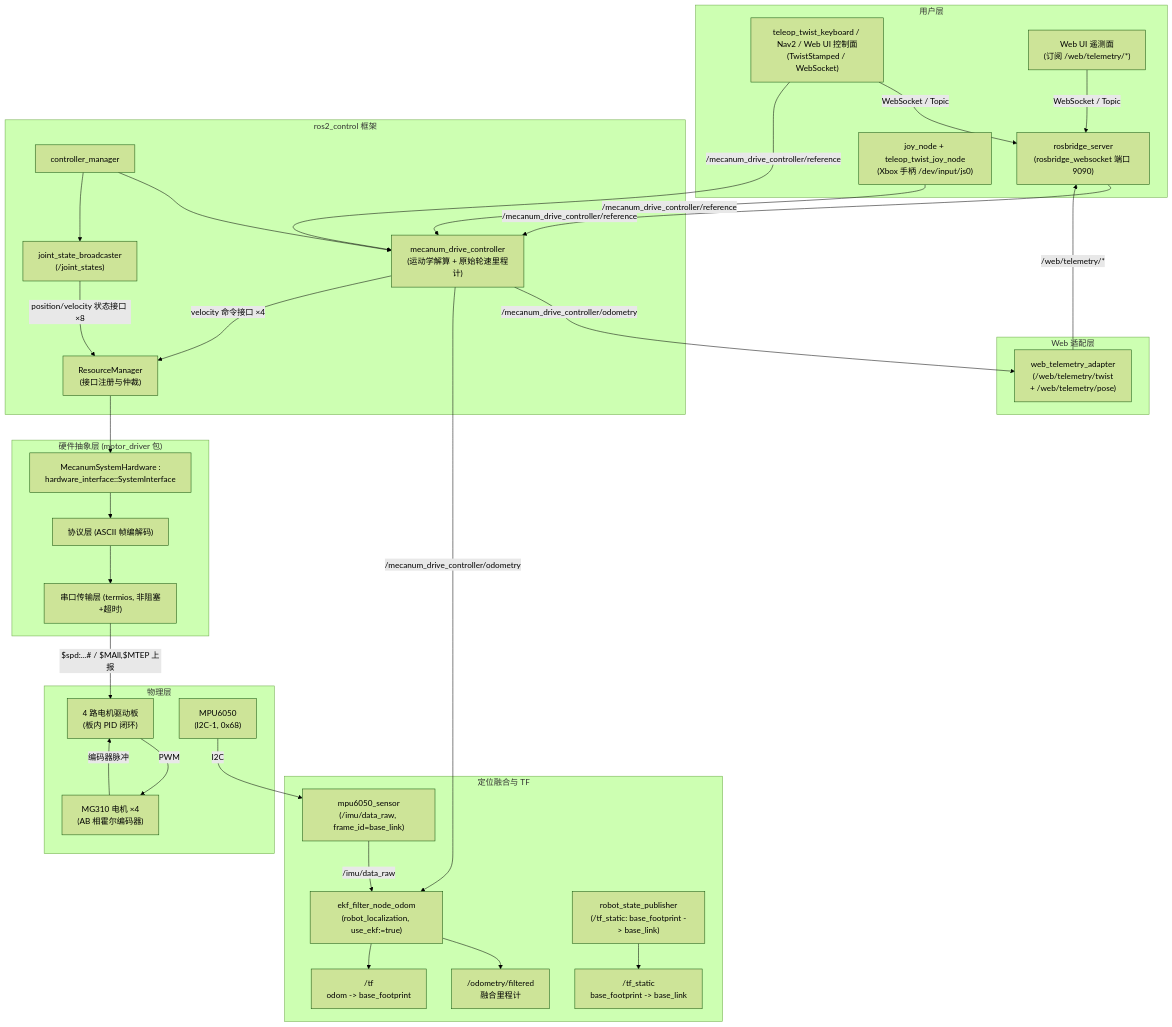
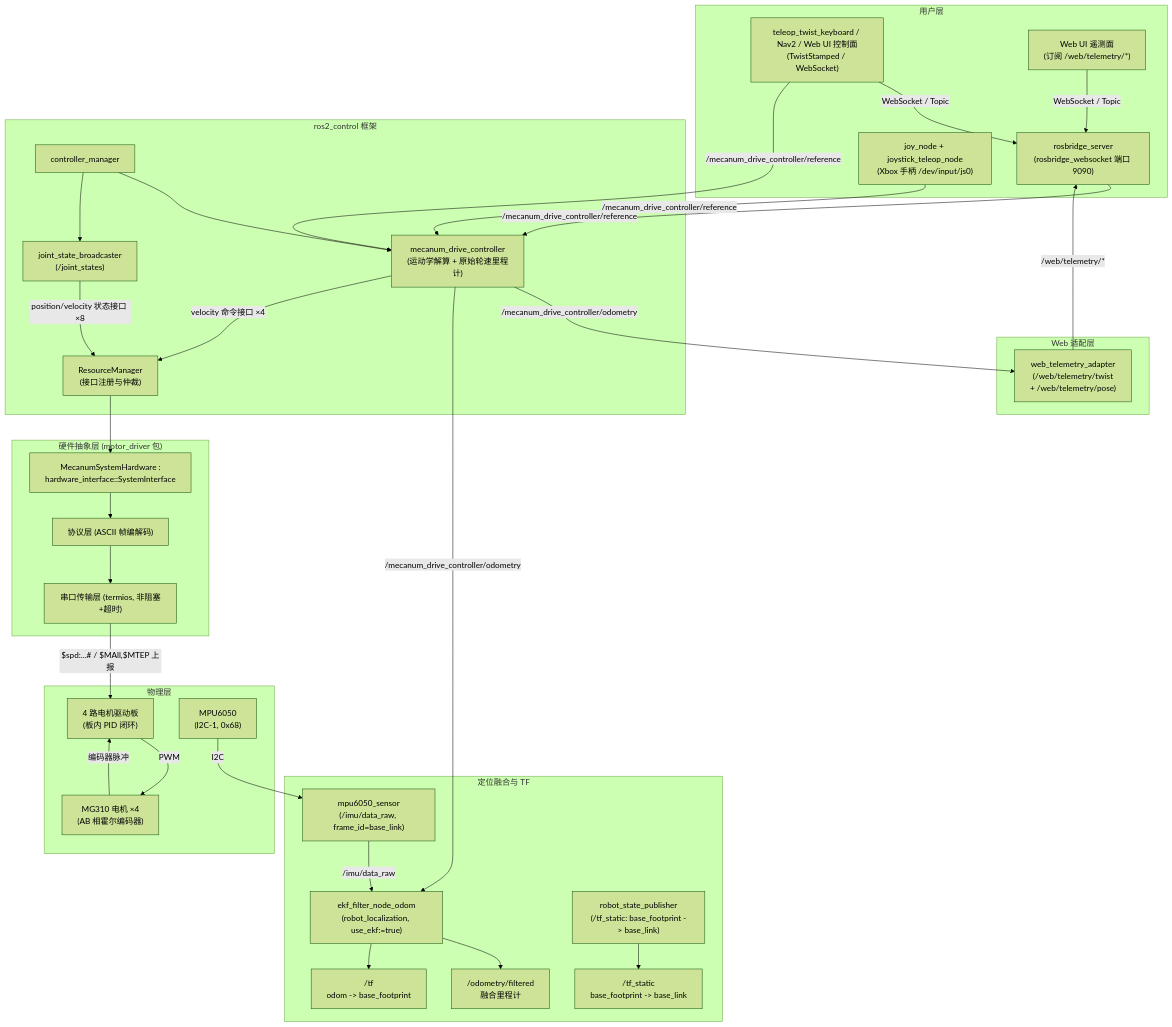
The diagram in README.md (changBin-x/smart_car_robot), drawn with Mermaid (forest theme) before and after one commit. The commit also changed other lines of this file and 12 other files, not shown here.

````diff
--- a/README.md
+++ b/README.md
@@ -50,59 +50,59 @@
 ```mermaid
 graph TD
     subgraph 用户层
         TELEOP["teleop_twist_keyboard / Nav2 / Web UI 控制面<br/>(TwistStamped / WebSocket)"]
         WEBUI["Web UI 遥测面<br/>(订阅 /web/telemetry/*)"]
         ROSBRIDGE["rosbridge_server<br/>(rosbridge_websocket 端口 9090)"]
-        JOY["joy_node + teleop_twist_joy_node<br/>(Xbox 手柄 /dev/input/js0)"]
+        JOY["joy_node + joystick_teleop_node<br/>(Xbox 手柄 /dev/input/js0)"]
     end
     subgraph "ros2_control 框架"
         CM[controller_manager]
         MDC["mecanum_drive_controller<br/>(运动学解算 + 原始轮速里程计)"]
         JSB["joint_state_broadcaster<br/>(/joint_states)"]
         RI["ResourceManager<br/>(接口注册与仲裁)"]
     end
     subgraph "定位融合与 TF"
         MPU["mpu6050_sensor<br/>(/imu/data_raw, frame_id=base_link)"]
         EKF["ekf_filter_node_odom<br/>(robot_localization, use_ekf:=true)"]
         FUSED["/odometry/filtered<br/>融合里程计"]
         ODOMTF["/tf<br/>odom -> base_footprint"]
         RSP["robot_state_publisher<br/>(/tf_static: base_footprint -> base_link)"]
         STATICTF["/tf_static<br/>base_footprint -> base_link"]
     end
     subgraph "Web 适配层"
         WTA["web_telemetry_adapter<br/>(/web/telemetry/twist<br/>+ /web/telemetry/pose)"]
     end
     subgraph "硬件抽象层 (motor_driver 包)"
         HW["MecanumSystemHardware :<br/>hardware_interface::SystemInterface"]
         PROTO["协议层 (ASCII 帧编解码)"]
         SERIAL["串口传输层 (termios, 非阻塞+超时)"]
     end
     subgraph 物理层
         BOARD["4 路电机驱动板<br/>(板内 PID 闭环)"]
         MOTOR["MG310 电机 ×4<br/>(AB 相霍尔编码器)"]
         IMUHW["MPU6050<br/>(I2C-1, 0x68)"]
     end
 
     ROSBRIDGE -->|"/mecanum_drive_controller/reference"| MDC
     JOY -->|"/mecanum_drive_controller/reference"| MDC
     TELEOP -->|"WebSocket / Topic"| ROSBRIDGE
     WEBUI -->|"WebSocket / Topic"| ROSBRIDGE
     TELEOP -->|"/mecanum_drive_controller/reference"| MDC
     MDC -->|"/mecanum_drive_controller/odometry"| WTA
     MDC -->|"/mecanum_drive_controller/odometry"| EKF
     MPU -->|"/imu/data_raw"| EKF
     EKF --> FUSED
     EKF --> ODOMTF
     RSP --> STATICTF
     WTA -->|"/web/telemetry/*"| ROSBRIDGE
     CM --> MDC
     CM --> JSB
     MDC -->|"velocity 命令接口 ×4"| RI
     JSB -->|"position/velocity 状态接口 ×8"| RI
     RI --> HW
     HW --> PROTO --> SERIAL
     SERIAL -->|"$spd:...# / $MAll,$MTEP 上报"| BOARD
     BOARD -->|PWM| MOTOR
     MOTOR -->|编码器脉冲| BOARD
     IMUHW -->|I2C| MPU
 ```
````
